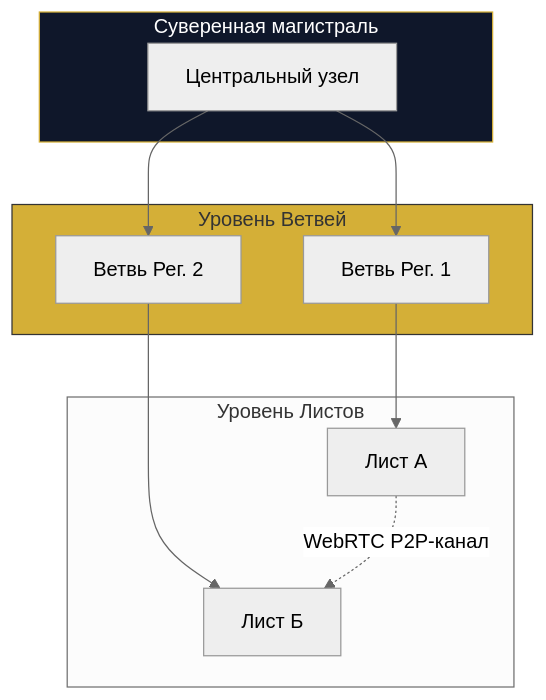
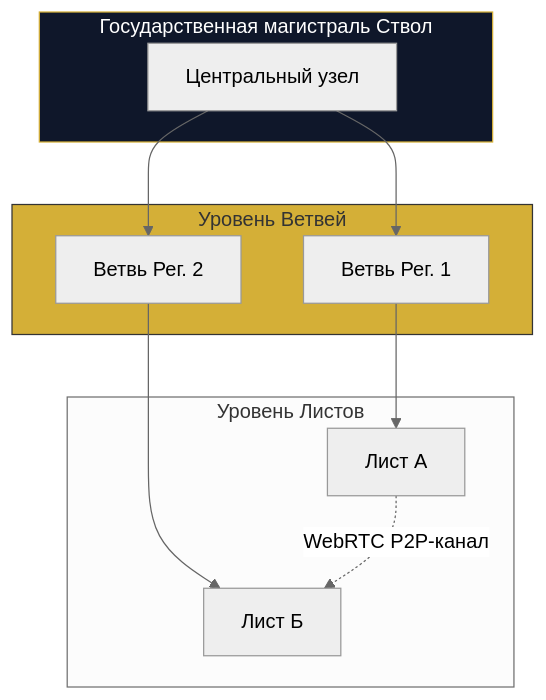
Diagram 11 of 51 in shared_docs/Технический документ платформы Турбаза.md (Data-Independence-Network/presentations), drawn with Mermaid (neutral theme) before and after one commit. The commit also changed other lines of this file and 81 other files, not shown here.

````diff
--- a/shared_docs/Технический документ платформы Турбаза.md
+++ b/shared_docs/Технический документ платформы Турбаза.md
@@ -250,26 +250,26 @@
 ```mermaid
 graph TD
-    subgraph Sovereign_Trunk [Суверенная магистраль]
+    subgraph Sovereign_Trunk [Государственная магистраль Ствол]
         Core[Центральный узел]
     end
     
     subgraph Branch_Layer [Уровень Ветвей]
         B1[Ветвь Рег. 1]
         B2[Ветвь Рег. 2]
     end
     
     subgraph Leaf_Layer [Уровень Листов]
         L1[Лист А]
         L2[Лист Б]
     end
     
     Core --> B1
     Core --> B2
     B1 --> L1
     B2 --> L2
     
     L1 -.->|WebRTC P2P-канал| L2
     
     style Sovereign_Trunk fill:#0F172A,stroke:#D4AF37,color:#fff
     style Branch_Layer fill:#D4AF37,stroke:#333
 ```
````
